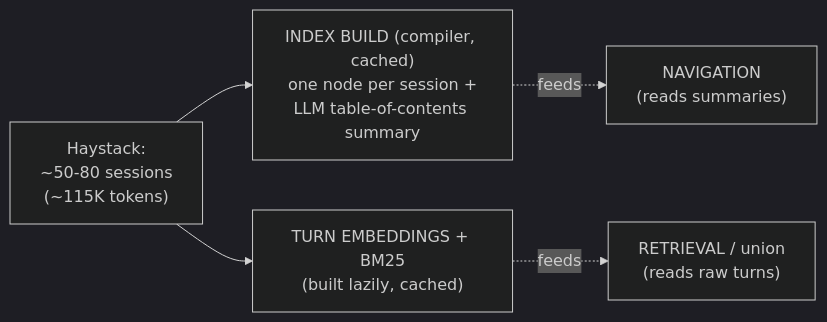
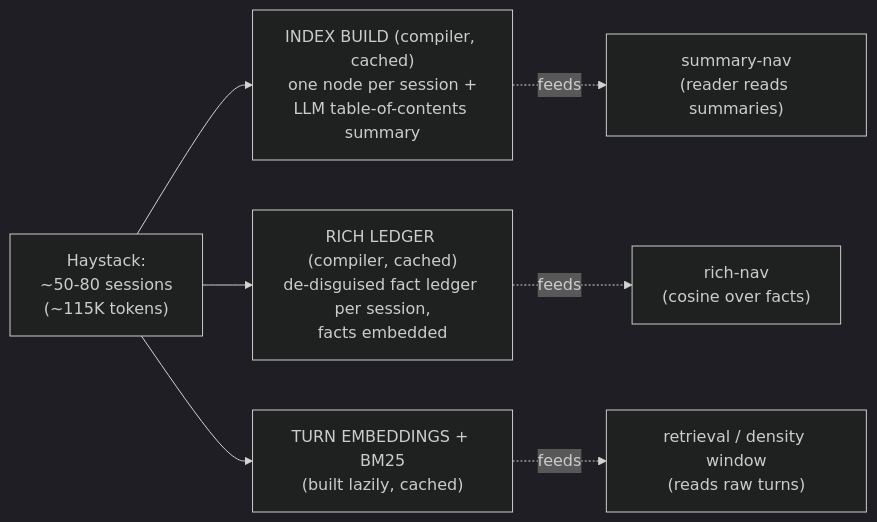
One commit to Sanjeevhegde009/skim-research changed the first of 3 diagrams in PIPELINE_FLOW.md. Above: the diagram before and after it, drawn with Mermaid (dark theme). The commit also changed other lines of this file and 3 other files, not shown here.

````diff
--- a/PIPELINE_FLOW.md
+++ b/PIPELINE_FLOW.md
@@ -14,7 +14,9 @@
 ```mermaid
 flowchart LR
     S["Haystack:<br/>~50-80 sessions<br/>(~115K tokens)"] --> IDX["INDEX BUILD (compiler, cached)<br/>one node per session +<br/>LLM table-of-contents summary"]
+    S --> RICH["RICH LEDGER (compiler, cached)<br/>de-disguised fact ledger per session,<br/>facts embedded"]
     S --> EMB["TURN EMBEDDINGS + BM25<br/>(built lazily, cached)"]
-    IDX -.feeds.-> NAVI["NAVIGATION<br/>(reads summaries)"]
-    EMB -.feeds.-> RETI["RETRIEVAL / union<br/>(reads raw turns)"]
+    IDX -.feeds.-> NAVS["summary-nav<br/>(reader reads summaries)"]
+    RICH -.feeds.-> NAVR["rich-nav<br/>(cosine over facts)"]
+    EMB -.feeds.-> RETI["retrieval / density window<br/>(reads raw turns)"]
 ```
````
